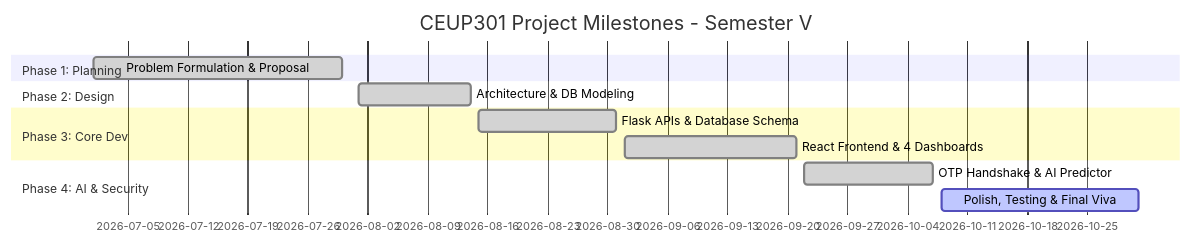
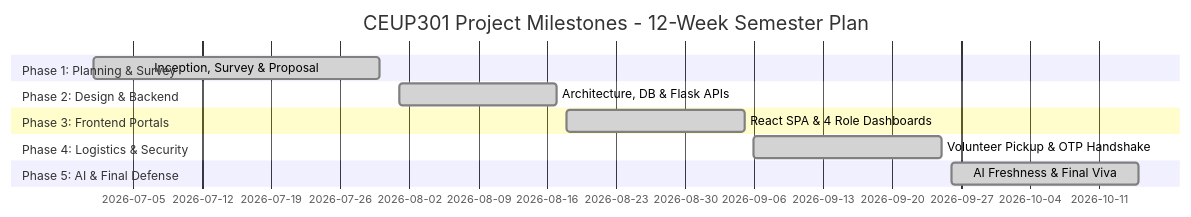
Before and after one commit to 24CS077-Suyanshi/CS26006-Food-Redistribution-System: the diagram in PROJECT_TIMELINE.md, drawn with Mermaid. The commit also changed other lines of this file and 2 other files, not shown here.

Commit message:
docs: align project timeline and proposal with 12-week semester plan

````diff
--- a/PROJECT_TIMELINE.md
+++ b/PROJECT_TIMELINE.md
@@ -39,15 +35,15 @@
 ```mermaid
 gantt
-    title CEUP301 Project Milestones - Semester V
+    title CEUP301 Project Milestones - 12-Week Semester Plan
     dateFormat  YYYY-MM-DD
-    section Phase 1: Planning
-    Problem Formulation & Proposal :done, p1, 2026-07-01, 2026-07-30
-    section Phase 2: Design
-    Architecture & DB Modeling :done, p2, 2026-08-01, 2026-08-14
-    section Phase 3: Core Dev
-    Flask APIs & Database Schema :done, p3, 2026-08-15, 2026-08-31
-    React Frontend & 4 Dashboards :done, p4, 2026-09-01, 2026-09-21
-    section Phase 4: AI & Security
-    OTP Handshake & AI Predictor :done, p5, 2026-09-22, 2026-10-07
-    Polish, Testing & Final Viva :active, p6, 2026-10-08, 2026-10-31
+    section Phase 1: Planning & Survey
+    Inception, Survey & Proposal :done, p1, 2026-07-01, 2026-07-30
+    section Phase 2: Design & Backend
+    Architecture, DB & Flask APIs :done, p2, 2026-08-01, 2026-08-17
+    section Phase 3: Frontend Portals
+    React SPA & 4 Role Dashboards :done, p3, 2026-08-18, 2026-09-05
+    section Phase 4: Logistics & Security
+    Volunteer Pickup & OTP Handshake :done, p4, 2026-09-06, 2026-09-25
+    section Phase 5: AI & Final Defense
+    AI Freshness & Final Viva :done, p5, 2026-09-26, 2026-10-15
 ```
````
